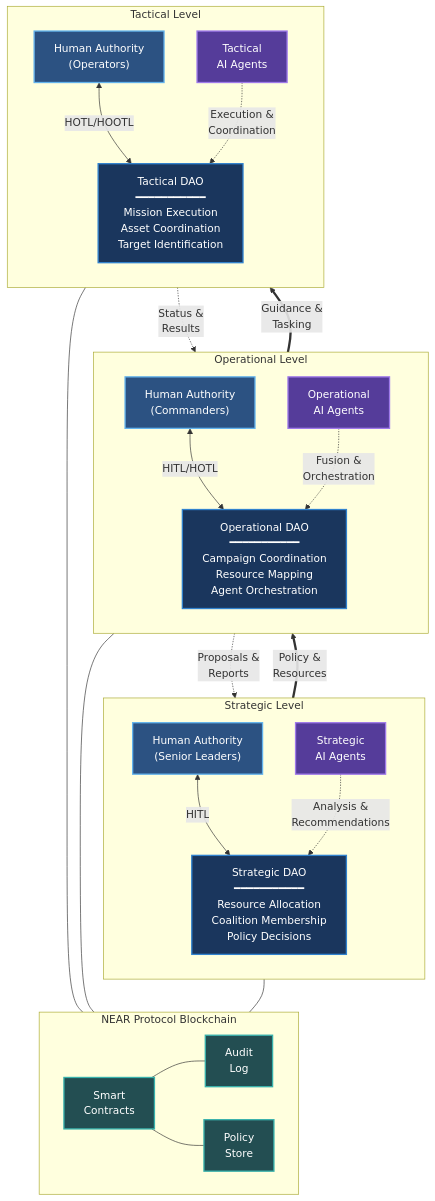
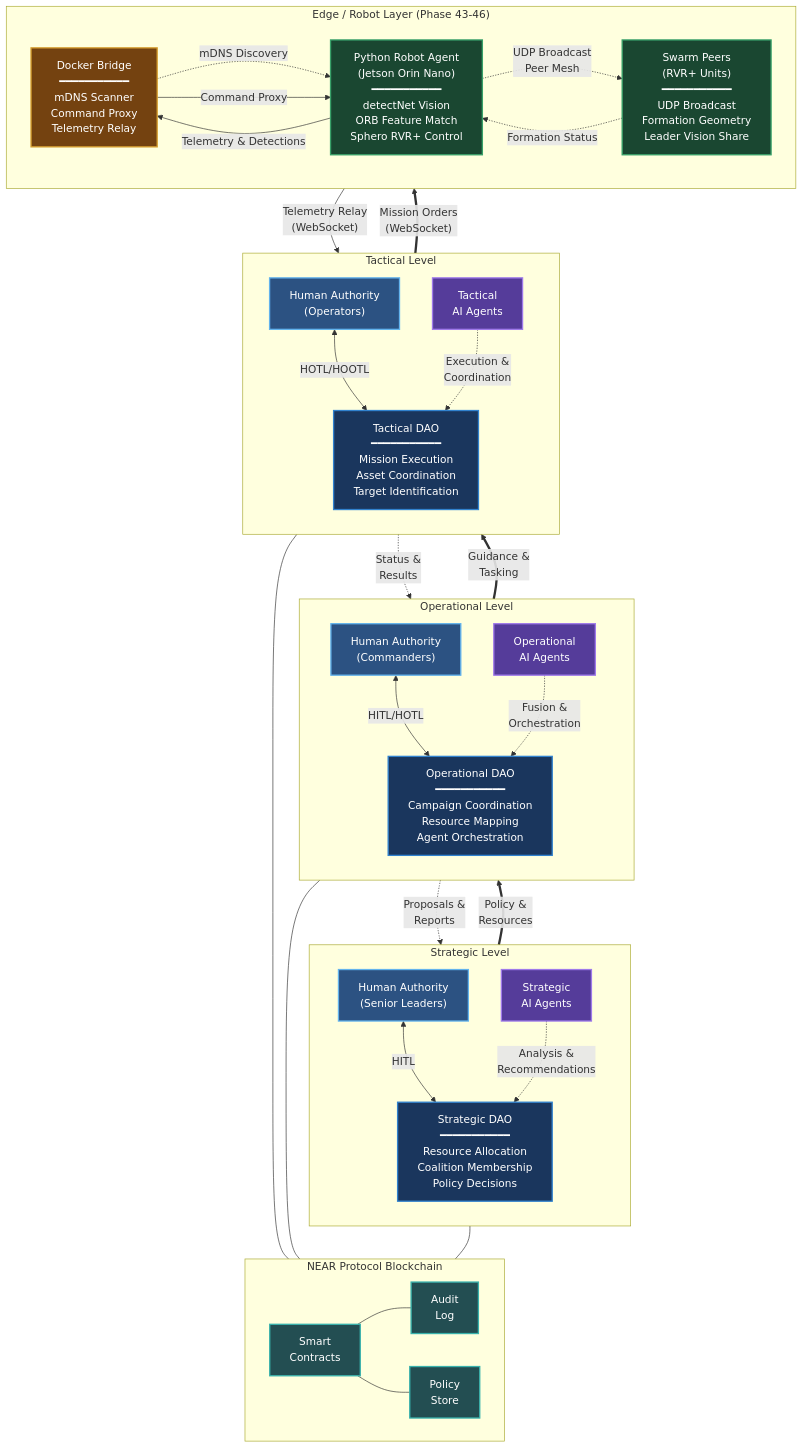
The diagram in docs/whitepaper/figures/system-architecture.md (VitalPointAI/Bastion), drawn with Mermaid before and after one commit. The commit also changed other lines of this file and 4 other files, not shown here.

First line of the commit message:
feat(54-04): create 3 new figure specs and update 2 existing for AI image generation

````diff
--- a/docs/whitepaper/figures/system-architecture.md
+++ b/docs/whitepaper/figures/system-architecture.md
@@ -50,6 +50,13 @@
     TDAO -.->|"Status &<br/>Results"| ODAO
     ODAO -.->|"Proposals &<br/>Reports"| SDAO
 
+    subgraph Bridge["Edge / Robot Layer (Phase 43-46)"]
+        direction LR
+        DB["Docker Bridge<br/>━━━━━━━━━━━<br/>mDNS Scanner<br/>Command Proxy<br/>Telemetry Relay"]
+        RA["Python Robot Agent<br/>(Jetson Orin Nano)<br/>━━━━━━━━━━━<br/>detectNet Vision<br/>ORB Feature Match<br/>Sphero RVR+ Control"]
+        SW["Swarm Peers<br/>(RVR+ Units)<br/>━━━━━━━━━━━<br/>UDP Broadcast<br/>Formation Geometry<br/>Leader Vision Share"]
+    end
+
     %% Blockchain Securing All
     SDAO --- SC
     ODAO --- SC
@@ -57,14 +64,27 @@
     SC --- AL
     SC --- PS
 
+    %% Robot Bridge Connections
+    TDAO ==>|"Mission Orders<br/>(WebSocket)"| DB
+    DB -.->|"mDNS Discovery"| RA
+    DB -->|"Command Proxy"| RA
+    RA -->|"Telemetry & Detections"| DB
+    DB -->|"Telemetry Relay<br/>(WebSocket)"| TDAO
+    RA -.->|"UDP Broadcast<br/>Peer Mesh"| SW
+    SW -.->|"Formation Status"| RA
+
     %% Styling
     classDef daoStyle fill:#1a365d,stroke:#3182ce,stroke-width:2px,color:#fff
     classDef humanStyle fill:#2c5282,stroke:#63b3ed,stroke-width:2px,color:#fff
     classDef aiStyle fill:#553c9a,stroke:#9f7aea,stroke-width:2px,color:#fff
     classDef blockchainStyle fill:#234e52,stroke:#38b2ac,stroke-width:2px,color:#fff
+    classDef bridgeStyle fill:#744210,stroke:#d69e2e,stroke-width:2px,color:#fff
+    classDef robotStyle fill:#1a4731,stroke:#38a169,stroke-width:2px,color:#fff
 
     class SDAO,ODAO,TDAO daoStyle
     class SH,OH,TH humanStyle
     class SA,OA,TA aiStyle
     class SC,AL,PS blockchainStyle
+    class DB bridgeStyle
+    class RA,SW robotStyle
 ```
````
